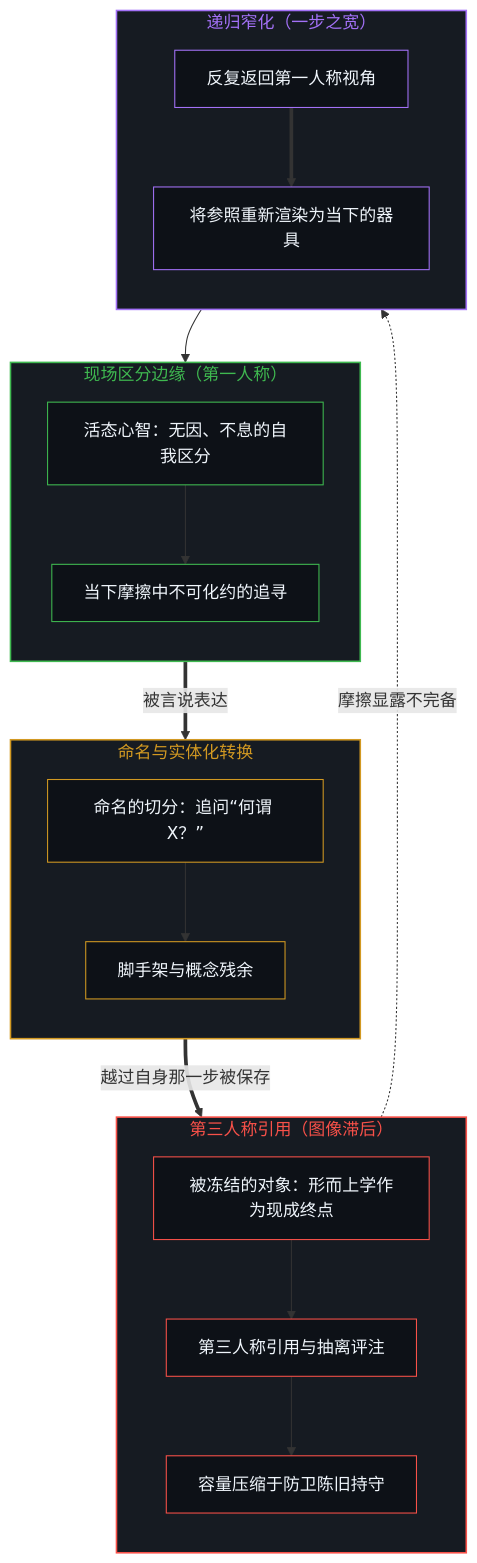
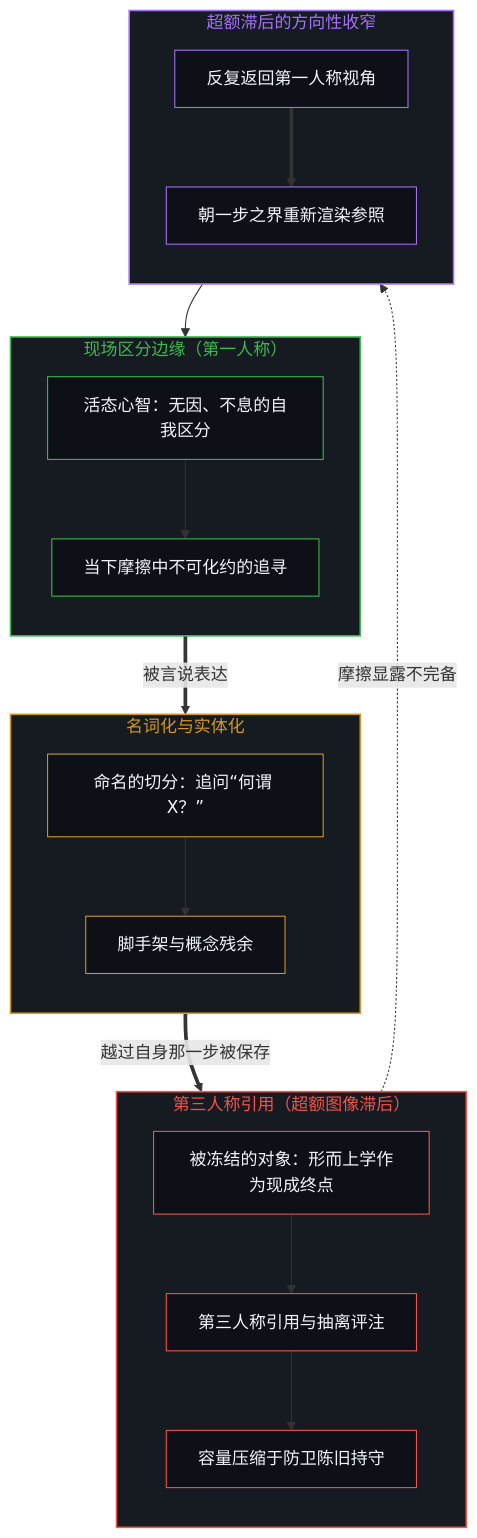
One commit to powerpig99/not-a-toe changed the first of 2 diagrams in content/posts/what-is-metaphysics-as-the-cut-that-names-the-seeking-as-destination.md. Above: the diagram before and after it, drawn with Mermaid. The commit also changed other lines of this file and 5 other files, not shown here.

````diff
--- a/content/posts/what-is-metaphysics-as-the-cut-that-names-the-seeking-as-destination.md
+++ b/content/posts/what-is-metaphysics-as-the-cut-that-names-the-seeking-as-destination.md
@@ -27,46 +27,46 @@
 ```mermaid
 flowchart TD
     subgraph S_Activity["现场区分边缘（第一人称）"]
         direction TB
         Mind["活态心智：无因、不息的自我区分"]
         Seeking["当下摩擦中不可化约的追寻"]
     end
-    subgraph S_Conversion["命名与实体化转换"]
+    subgraph S_Conversion["名词化与实体化"]
         direction TB
         Naming["命名的切分：追问“何谓 X？”"]
         Scaffold["脚手架与概念残余"]
     end
-    subgraph S_Lag["第三人称引用（图像滞后）"]
+    subgraph S_Lag["第三人称引用（超额图像滞后）"]
         direction TB
         FrozenObj["被冻结的对象：形而上学作为现成终点"]
         ThirdPerson["第三人称引用与抽离评注"]
         StaleHold["容量压缩于防卫陈旧持守"]
     end
-    subgraph S_Return["递归窄化（一步之宽）"]
+    subgraph S_Return["超额滞后的方向性收窄"]
         direction TB
         Return["反复返回第一人称视角"]
-        ReRender["将参照重新渲染为当下的器具"]
+        ReRender["朝一步之界重新渲染参照"]
     end
     Mind --> Seeking
     Seeking ==>|被言说表达| Naming
     Naming --> Scaffold
     Scaffold ==>|越过自身那一步被保存| FrozenObj
     FrozenObj --> ThirdPerson
     ThirdPerson --> StaleHold
     StaleHold -.->|摩擦显露不完备| Return
     Return ==> ReRender
     ReRender --> Mind
     style S_Activity fill:#161b22,stroke:#3fb950,stroke-width:1.5px,color:#3fb950
     style S_Conversion fill:#161b22,stroke:#d29922,stroke-width:1.5px,color:#d29922
     style S_Lag fill:#161b22,stroke:#f85149,stroke-width:1.5px,color:#f85149
     style S_Return fill:#161b22,stroke:#a371f7,stroke-width:1.5px,color:#a371f7
     style Mind fill:#0d1117,stroke:#3fb950,stroke-width:1px,color:#f0f6fc
     style Seeking fill:#0d1117,stroke:#3fb950,stroke-width:1px,color:#f0f6fc
     style Naming fill:#0d1117,stroke:#d29922,stroke-width:1px,color:#f0f6fc
     style Scaffold fill:#0d1117,stroke:#d29922,stroke-width:1px,color:#f0f6fc
     style FrozenObj fill:#0d1117,stroke:#f85149,stroke-width:1px,color:#f0f6fc
     style ThirdPerson fill:#0d1117,stroke:#f85149,stroke-width:1px,color:#f0f6fc
     style StaleHold fill:#0d1117,stroke:#f85149,stroke-width:1px,color:#f0f6fc
     style Return fill:#0d1117,stroke:#a371f7,stroke-width:1px,color:#f0f6fc
     style ReRender fill:#0d1117,stroke:#a371f7,stroke-width:1px,color:#f0f6fc
 ```
````
